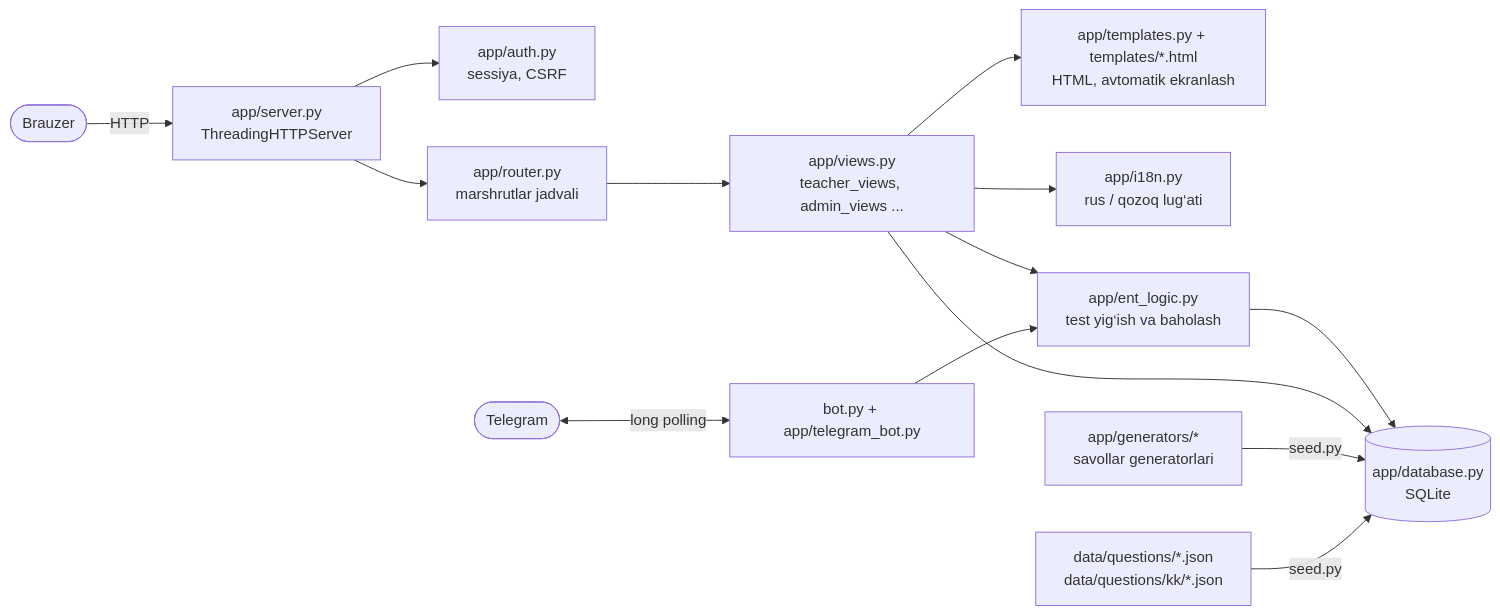
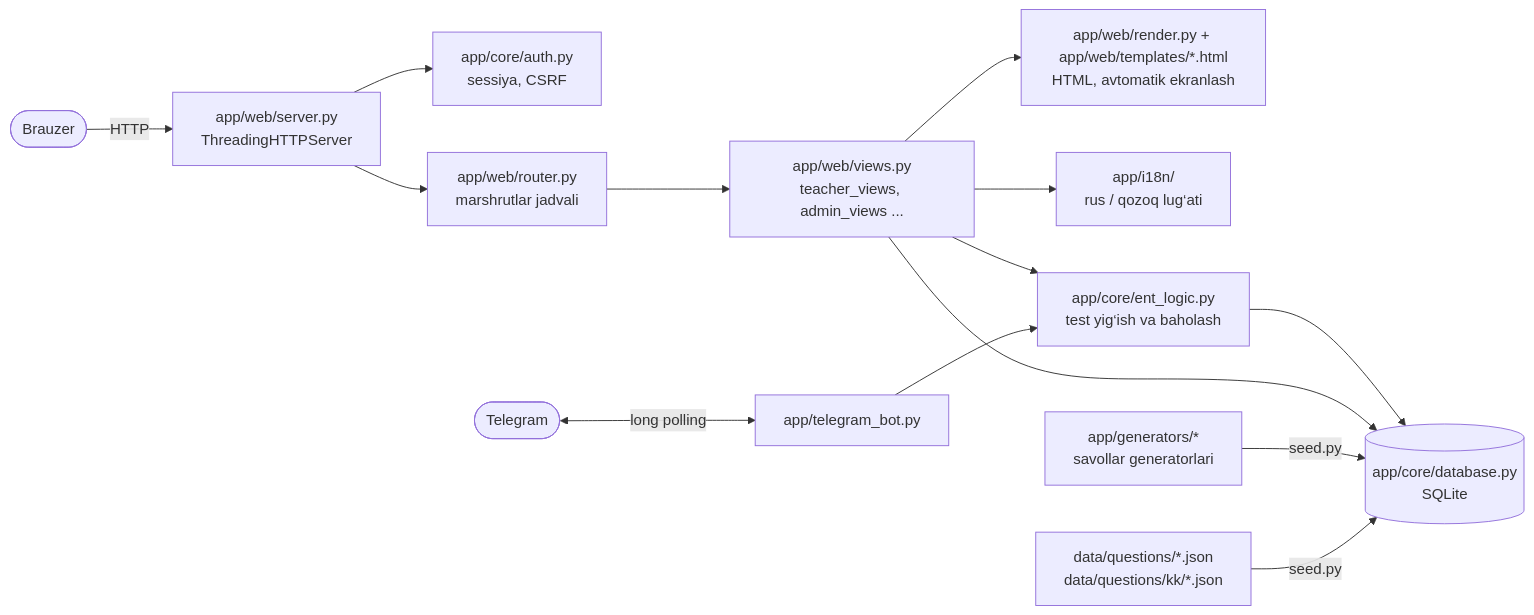
Before and after one commit to isamatovismail-svg/ENT_MASTER: the diagram in README.md, drawn with Mermaid. The commit also changed other lines of this file and 137 other files, not shown here.

````diff
--- a/README.md
+++ b/README.md
@@ -79,16 +79,16 @@
 ```mermaid
 flowchart LR
-    B([Brauzer]) -->|HTTP| S[app/server.py<br/>ThreadingHTTPServer]
-    S --> A[app/auth.py<br/>sessiya, CSRF]
-    S --> R[app/router.py<br/>marshrutlar jadvali]
-    R --> V[app/views.py<br/>teacher_views, admin_views ...]
-    V --> T[app/templates.py + templates/*.html<br/>HTML, avtomatik ekranlash]
-    V --> I[app/i18n.py<br/>rus / qozoq lug‘ati]
-    V --> L[app/ent_logic.py<br/>test yig‘ish va baholash]
-    L --> D[(app/database.py<br/>SQLite)]
+    B([Brauzer]) -->|HTTP| S[app/web/server.py<br/>ThreadingHTTPServer]
+    S --> A[app/core/auth.py<br/>sessiya, CSRF]
+    S --> R[app/web/router.py<br/>marshrutlar jadvali]
+    R --> V[app/web/views.py<br/>teacher_views, admin_views ...]
+    V --> T[app/web/render.py + app/web/templates/*.html<br/>HTML, avtomatik ekranlash]
+    V --> I[app/i18n/<br/>rus / qozoq lug‘ati]
+    V --> L[app/core/ent_logic.py<br/>test yig‘ish va baholash]
+    L --> D[(app/core/database.py<br/>SQLite)]
     V --> D
-    TG([Telegram]) <-->|long polling| BOT[bot.py + app/telegram_bot.py]
+    TG([Telegram]) <-->|long polling| BOT[app/telegram_bot.py]
     BOT --> L
     G[app/generators/*<br/>savollar generatorlari] -->|seed.py| D
     J[data/questions/*.json<br/>data/questions/kk/*.json] -->|seed.py| D
 ```
````
